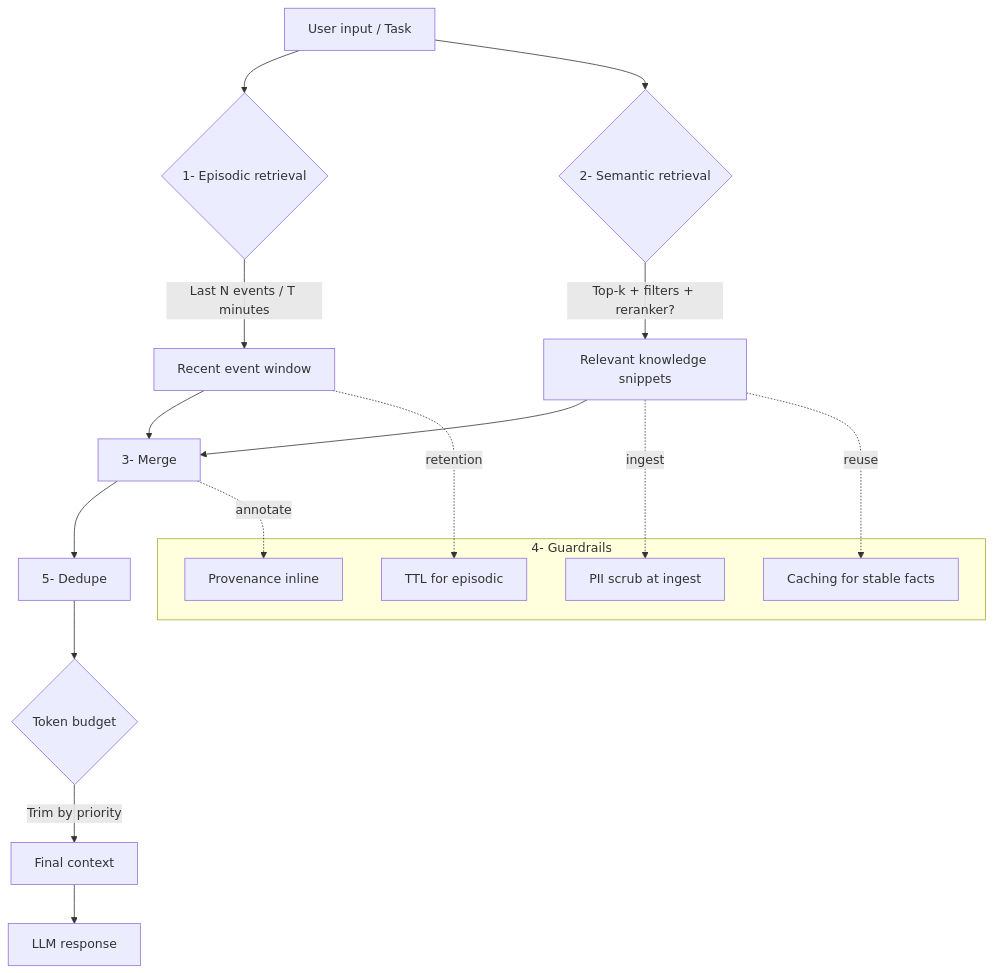
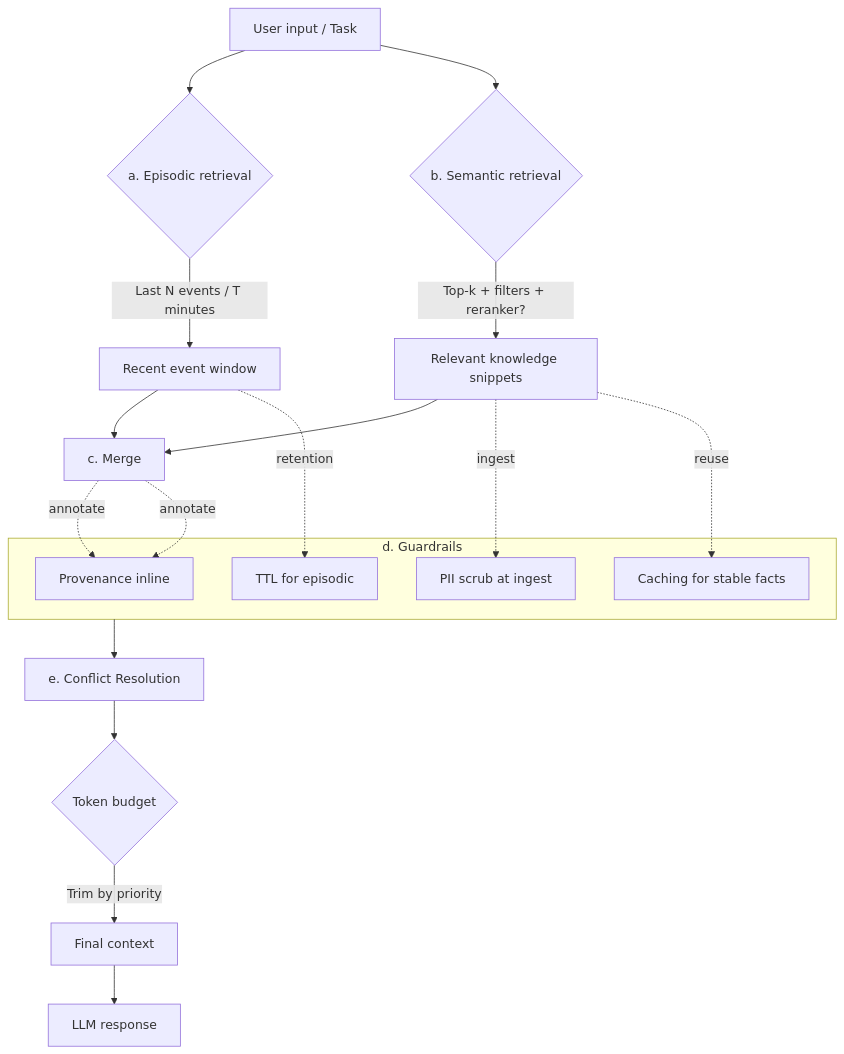
The fourth of 4 diagrams in publication/docs/blog/posts/091925-memory-in-agents.md (fmquaglia/principia-agentica), drawn with Mermaid before and after one commit. The commit also changed other lines of this file, not shown here.

First line of the commit message:
Refine "memory-in-agents" blog post formatting and flow

````diff
--- a/publication/docs/blog/posts/091925-memory-in-agents.md
+++ b/publication/docs/blog/posts/091925-memory-in-agents.md
@@ -247,25 +248,28 @@
 ```mermaid
 flowchart TD
-    A[User input / Task] --> B{1- Episodic retrieval}
+    A[User input / Task] --> B{a. Episodic retrieval}
     B -->|Last N events / T minutes| C[Recent event window]
-    A --> D{2- Semantic retrieval}
+    A --> D{b. Semantic retrieval}
     D -->|Top-k + filters + reranker?| E[Relevant knowledge snippets]
-    C --> F[3- Merge]
+    C --> F[c. Merge]
     E --> F
-    F --> F2[5- Dedupe]
+    F2[e. Conflict Resolution]
     F2 --> G{Token budget}
     G -->|Trim by priority| H[Final context]
     H --> I[LLM response]
   
     %% Guardrails
-    subgraph 4- Guardrails
+    subgraph Guardrails["d. Guardrails"]
       J[Provenance inline]
       K[PII scrub at ingest]
       L[TTL for episodic]
       M[Caching for stable facts]
     end
+    
+    Guardrails --> F2
+    F -. annotate .-> J
     F -. annotate .-> J
     E -. ingest .-> K
     C -. retention .-> L
     E -. reuse .-> M
 ```
````
